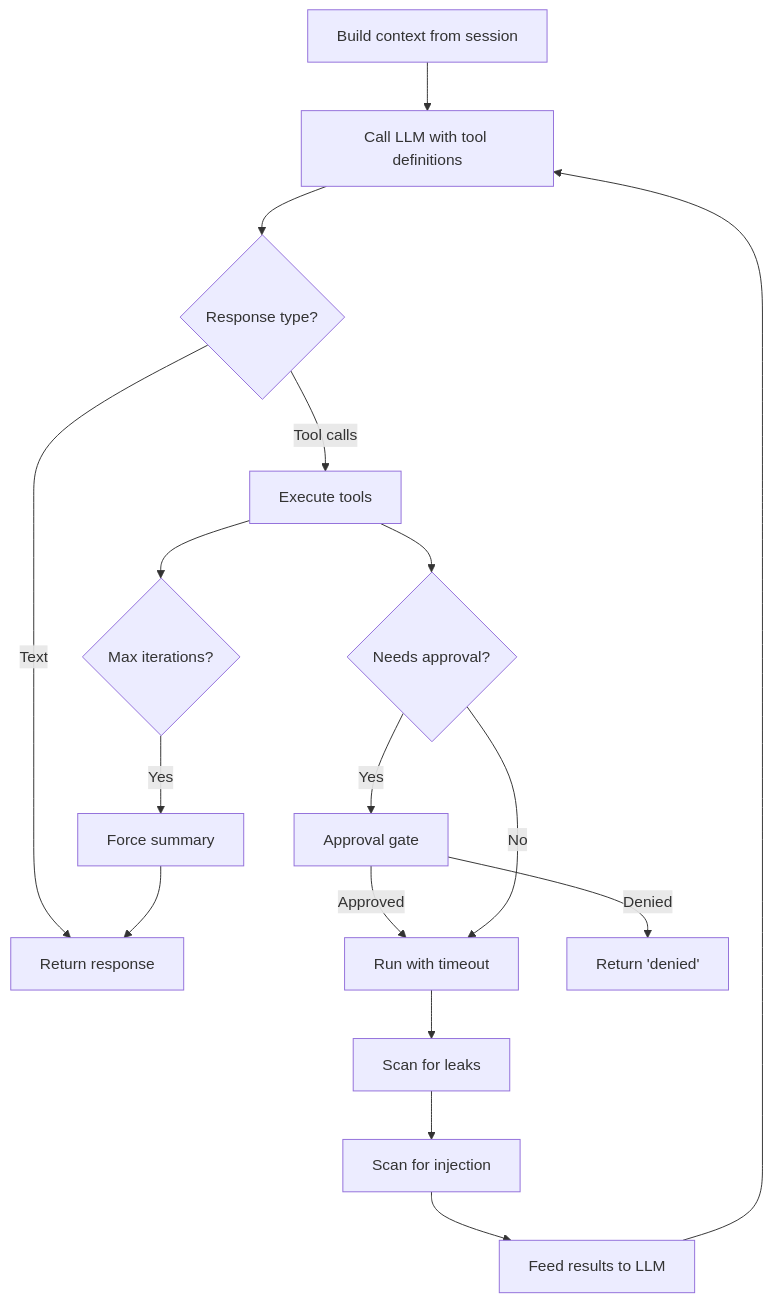
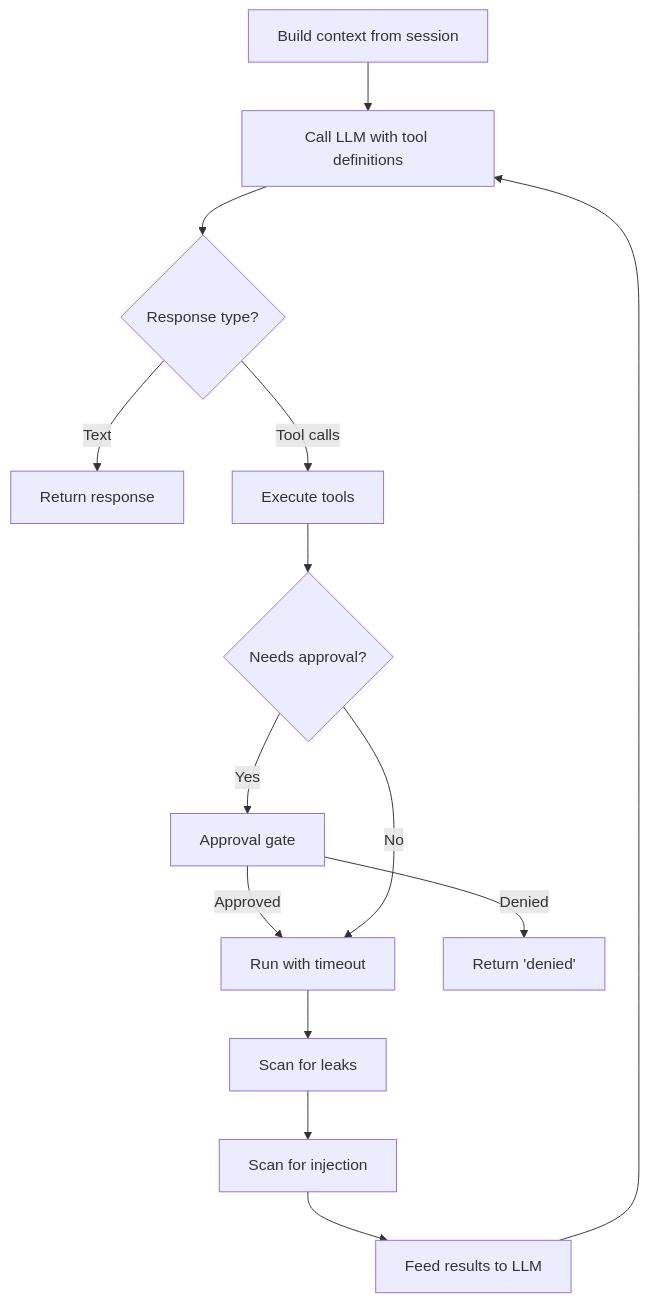
The diagram in docs/src/architecture/react.md (arcuru/chaz), drawn with Mermaid before and after one commit. The commit also changed other lines of this file and 20 other files, not shown here.

````diff
--- a/docs/src/architecture/react.md
+++ b/docs/src/architecture/react.md
@@ -7,19 +7,16 @@
 ```mermaid
 graph TD
     START[Build context from session] --> CALL[Call LLM with tool definitions]
     CALL --> CHECK{Response type?}
     CHECK -->|Text| DONE[Return response]
     CHECK -->|Tool calls| EXEC[Execute tools]
     EXEC --> APPROVE{Needs approval?}
     APPROVE -->|Yes| GATE[Approval gate]
     GATE -->|Approved| RUN[Run with timeout]
     GATE -->|Denied| DENY[Return 'denied']
     APPROVE -->|No| RUN
     RUN --> SCAN[Scan for leaks]
     SCAN --> INJECT[Scan for injection]
     INJECT --> FEED[Feed results to LLM]
     FEED --> CALL
-    EXEC --> CAP{Max iterations?}
-    CAP -->|Yes| FORCE[Force summary]
-    FORCE --> DONE
 ```
````
